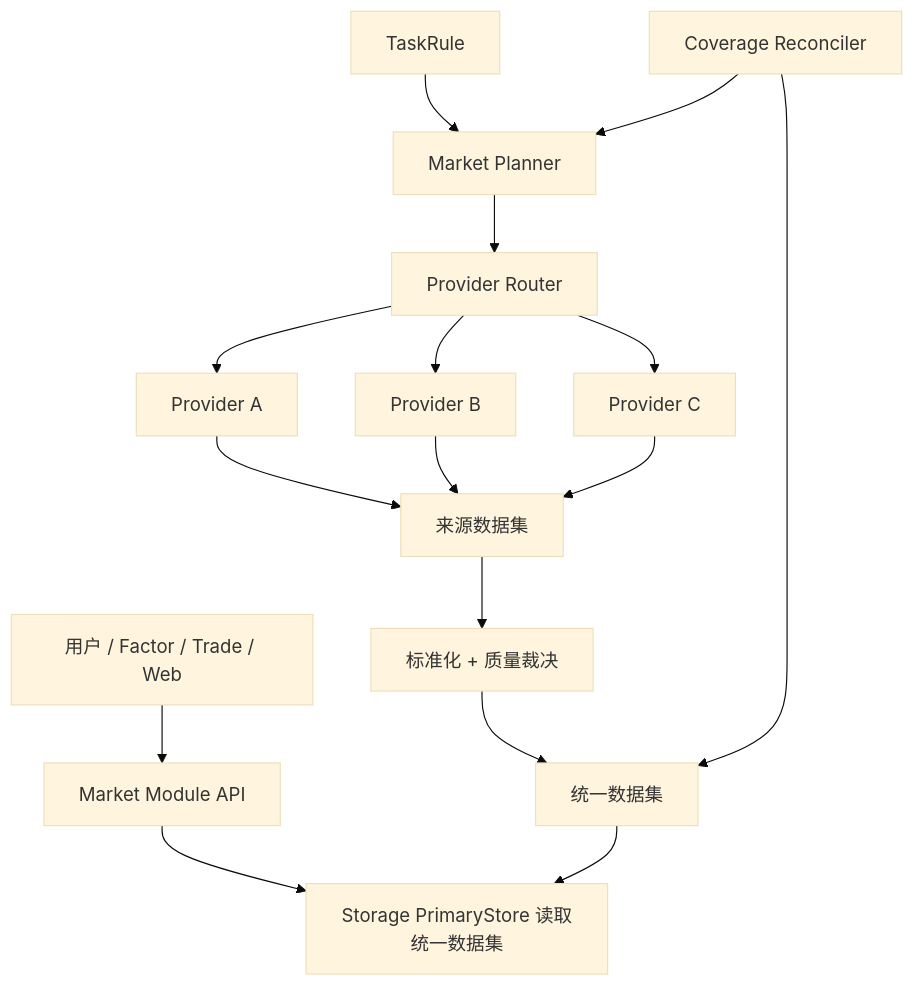
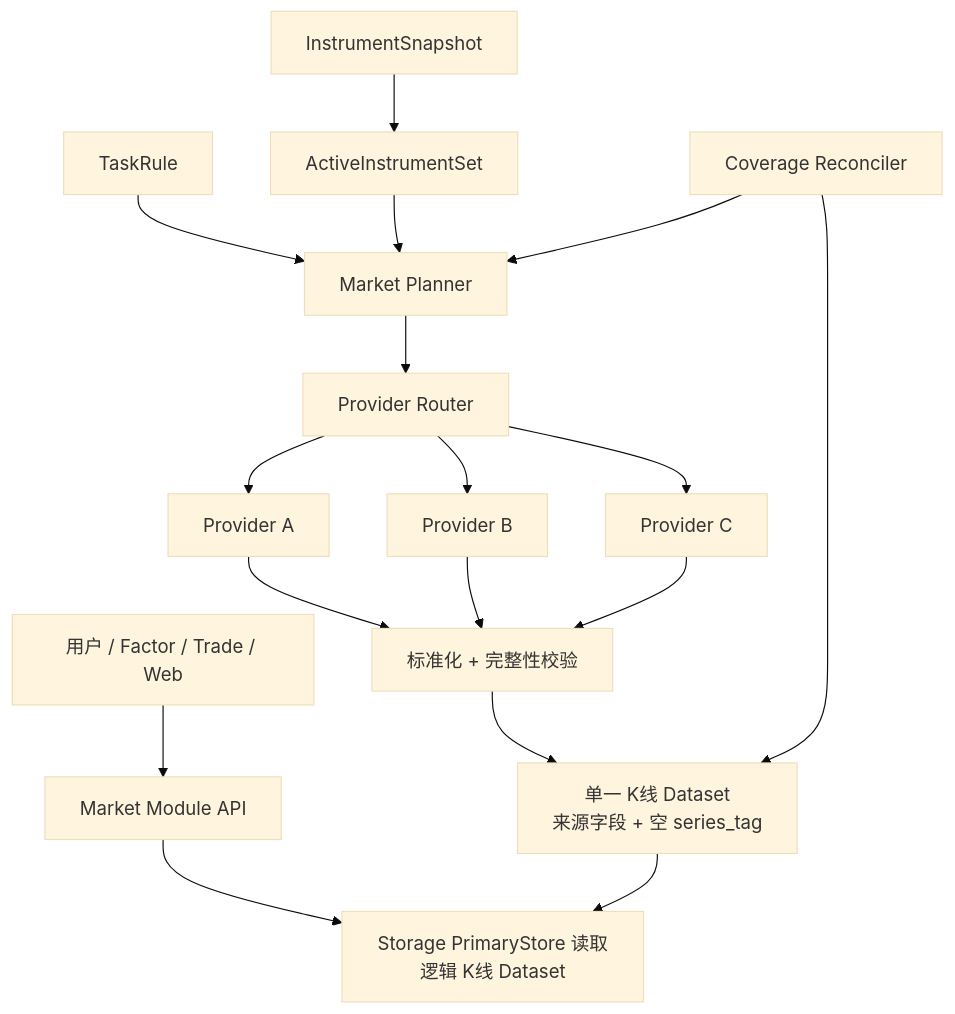
One commit to mooyang-code/moox changed the diagram in docs/内置市场行情采集架构.md. Above: the diagram before and after it, drawn with Mermaid (base theme). The commit also changed other lines of this file and 1 other file, not shown here.

````diff
--- a/docs/内置市场行情采集架构.md
+++ b/docs/内置市场行情采集架构.md
@@ -110,19 +111,20 @@
 ```mermaid
 flowchart TD
     User["用户 / Factor / Trade / Web"] --> Market["Market Module API"]
-    Market --> Read["Storage PrimaryStore 读取统一数据集"]
+    Market --> Read["Storage PrimaryStore 读取逻辑 K线 Dataset"]
 
     Rule["TaskRule"] --> Planner["Market Planner"]
+    Snapshot["InstrumentSnapshot"] --> Active["ActiveInstrumentSet"]
+    Active --> Planner
     Planner --> Router["Provider Router"]
     Router --> P1["Provider A"]
     Router --> P2["Provider B"]
     Router --> P3["Provider C"]
-    P1 --> SourceData["来源数据集"]
-    P2 --> SourceData
-    P3 --> SourceData
-    SourceData --> Quality["标准化 + 质量裁决"]
-    Quality --> Unified["统一数据集"]
-    Unified --> Read
-    Coverage["Coverage Reconciler"] --> Unified
+    P1 --> Quality["标准化 + 完整性校验"]
+    P2 --> Quality
+    P3 --> Quality
+    Quality --> Kline["单一 K线 Dataset\n来源字段 + 空 series_tag"]
+    Kline --> Read
+    Coverage["Coverage Reconciler"] --> Kline
     Coverage --> Planner
 ```
````
